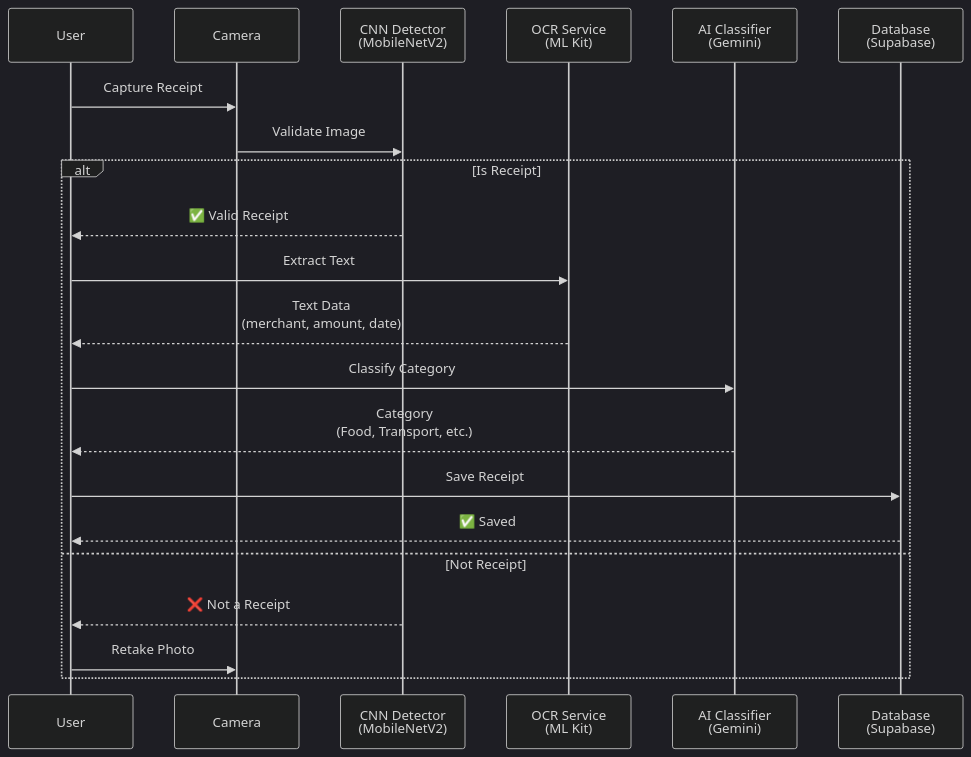
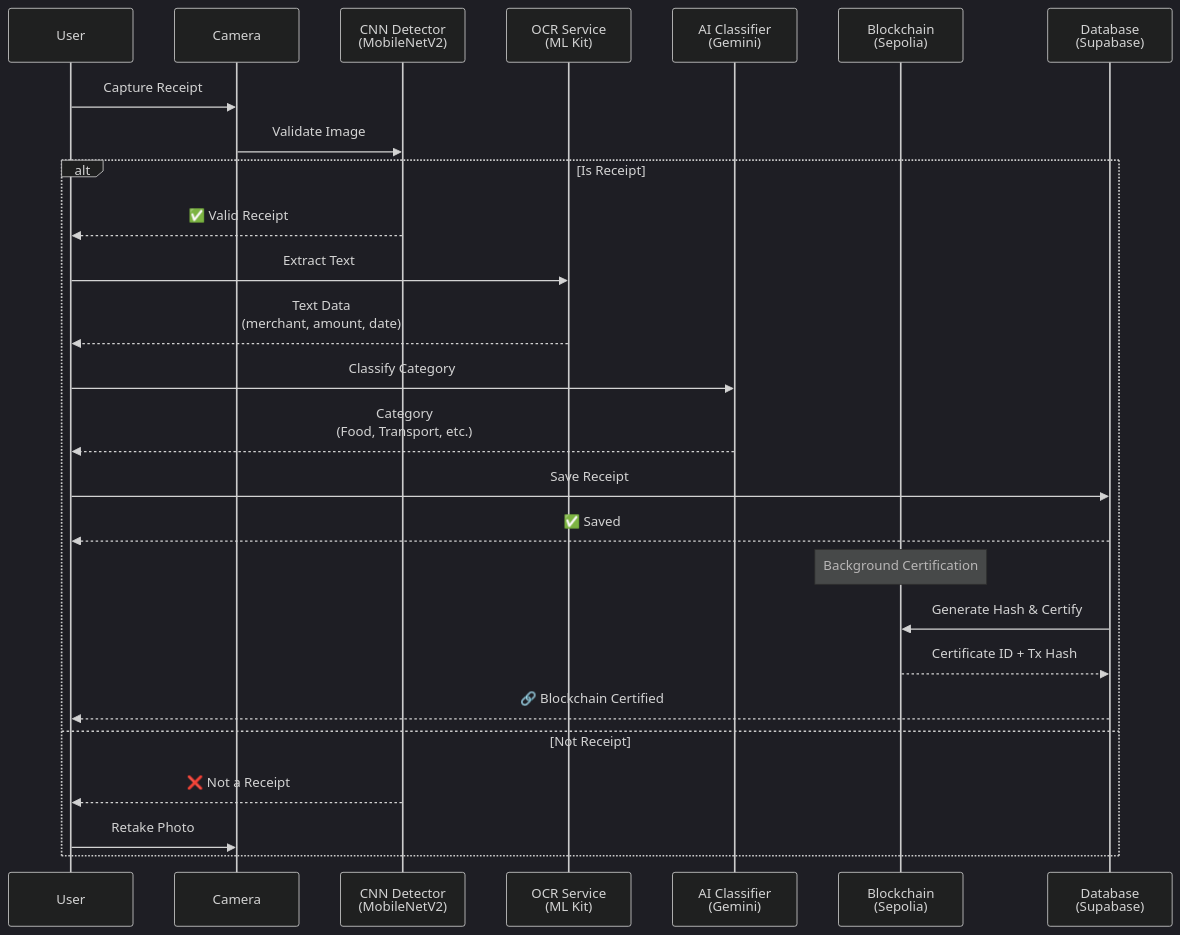
Before and after one commit to sara0411/TrustExpense: the second of 6 diagrams in ARCHITECTURE.md, drawn with Mermaid (dark theme). The commit also changed other lines of this file and 19 other files, not shown here.

````diff
--- a/ARCHITECTURE.md
+++ b/ARCHITECTURE.md
@@ -120,25 +162,31 @@
 ```mermaid
 sequenceDiagram
     participant User
     participant Camera
     participant CNN as CNN Detector<br/>(MobileNetV2)
     participant OCR as OCR Service<br/>(ML Kit)
     participant AI as AI Classifier<br/>(Gemini)
+    participant BC as Blockchain<br/>(Sepolia)
     participant DB as Database<br/>(Supabase)
     
     User->>Camera: Capture Receipt
     Camera->>CNN: Validate Image
     
     alt Is Receipt
         CNN-->>User: ✅ Valid Receipt
         User->>OCR: Extract Text
         OCR-->>User: Text Data<br/>(merchant, amount, date)
         User->>AI: Classify Category
         AI-->>User: Category<br/>(Food, Transport, etc.)
         User->>DB: Save Receipt
         DB-->>User: ✅ Saved
+        
+        Note over BC: Background Certification
+        DB->>BC: Generate Hash & Certify
+        BC-->>DB: Certificate ID + Tx Hash
+        DB-->>User: 🔗 Blockchain Certified
     else Not Receipt
         CNN-->>User: ❌ Not a Receipt
         User->>Camera: Retake Photo
     end
 ```
````
